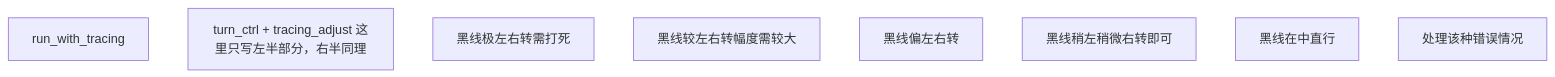
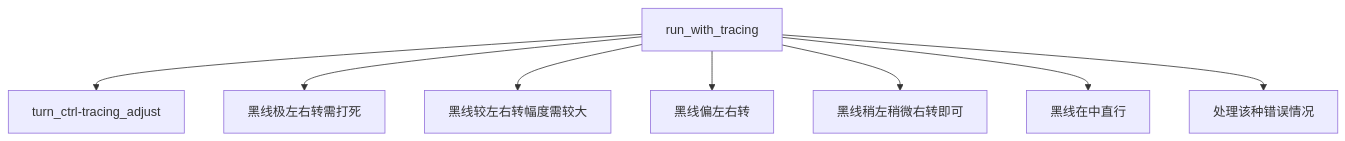
One commit to 0kitasan/TracingCar changed the third of 4 diagrams in README.md. Above: the diagram before and after it, drawn with Mermaid.

Commit message:
mermaid9

````diff
--- a/README.md
+++ b/README.md
@@ -83,11 +83,18 @@
 ```mermaid
 graph TD;
     A[run_with_tracing]
-    B[turn_ctrl + tracing_adjust 这里只写左半部分，右半同理]
+    B[turn_ctrl-tracing_adjust]
     C[黑线极左右转需打死]
     D[黑线较左右转幅度需较大]
     E[黑线偏左右转]
     F[黑线稍左稍微右转即可]
     G[黑线在中直行]
     H[处理该种错误情况]
+    A -->B
+    A -->C
+    A -->D
+    A -->E
+    A -->F
+    A -->G
+    A -->H
 ```
````
